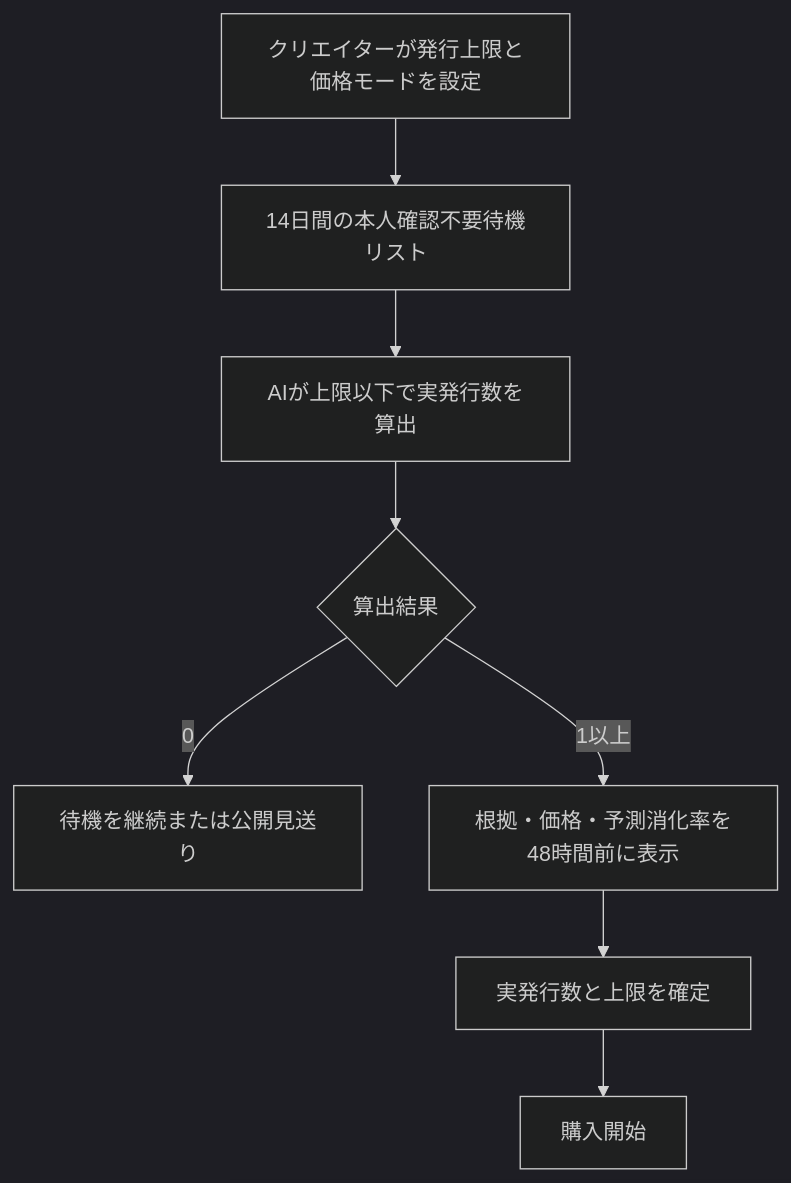
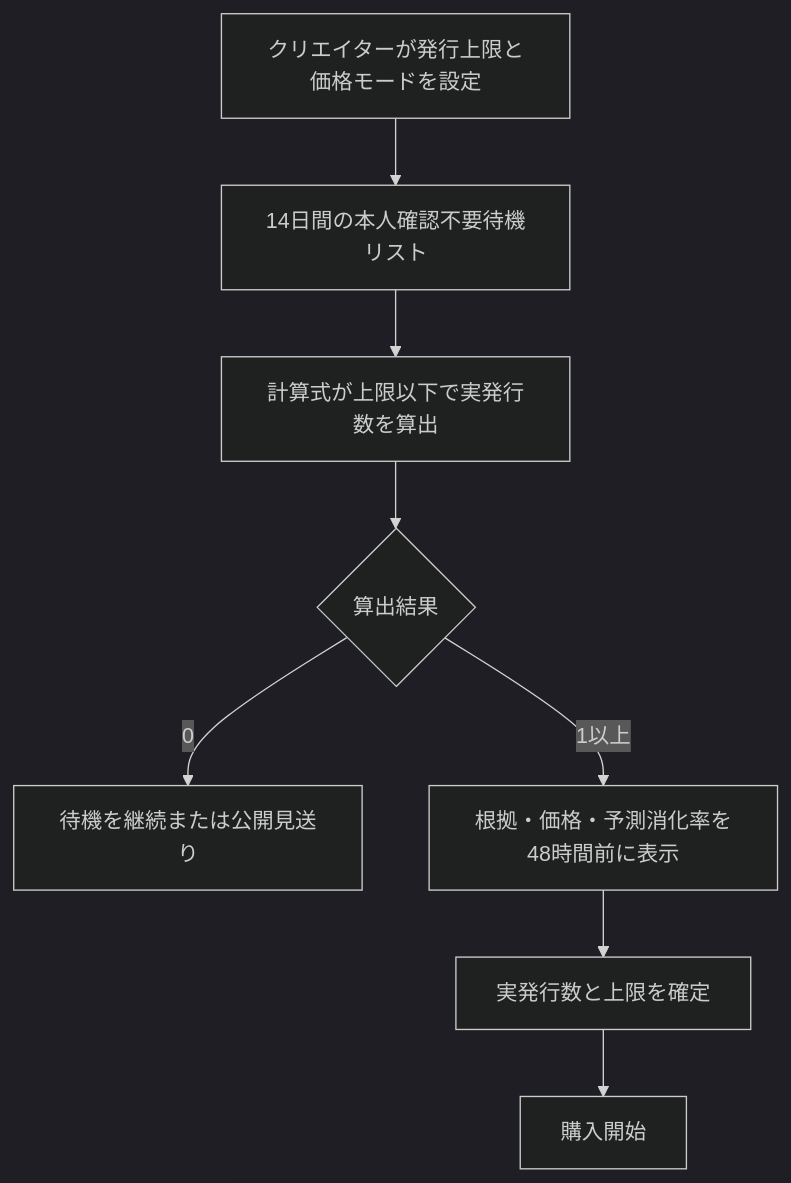
Before and after one commit to odokura/odokura-hp: the diagram in docs/apps/XXGGLL/concept/general/pricing.md, drawn with Mermaid (dark theme). The commit also changed other lines of this file and 28 other files, not shown here.

````diff
--- a/docs/apps/XXGGLL/concept/general/pricing.md
+++ b/docs/apps/XXGGLL/concept/general/pricing.md
@@ -95,10 +95,10 @@
 ```mermaid
 flowchart TB
     setup[クリエイターが発行上限と価格モードを設定] --> waiting[14日間の本人確認不要待機リスト]
-    waiting --> calculate[AIが上限以下で実発行数を算出]
+    waiting --> calculate[計算式が上限以下で実発行数を算出]
     calculate --> result{算出結果}
     result -->|0| continueWait[待機を継続または公開見送り]
     result -->|1以上| preview[根拠・価格・予測消化率を48時間前に表示]
     preview --> lock[実発行数と上限を確定]
     lock --> sale[購入開始]
 ```
````
